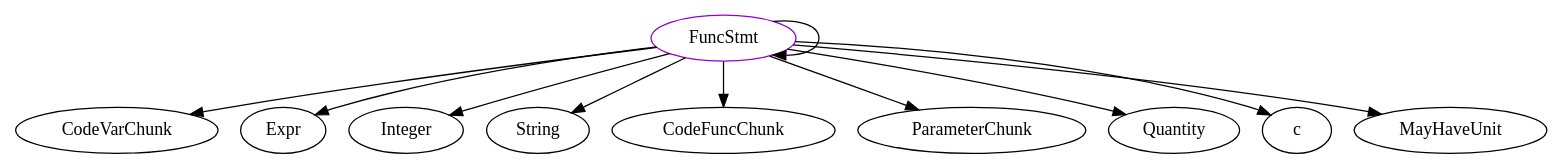
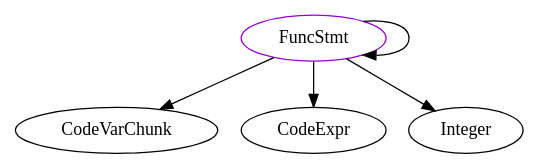
One commit to JacquesCarette/Drasil changed the diagram in analysis/TypeDependencyGraphs/code/FuncStmt.dot. Above: the diagram before and after it, drawn with Graphviz. The commit also changed 830 other files, not shown here.

```diff
--- a/analysis/TypeDependencyGraphs/code/FuncStmt.dot
+++ b/analysis/TypeDependencyGraphs/code/FuncStmt.dot
@@ -1,13 +1,7 @@
 digraph funcstmt{
 FuncStmt -> CodeVarChunk;
-FuncStmt -> Expr;
+FuncStmt -> CodeExpr;
 FuncStmt -> FuncStmt;
 FuncStmt -> Integer;
-FuncStmt -> String;
-FuncStmt -> CodeFuncChunk;
-FuncStmt -> ParameterChunk;
-FuncStmt -> Quantity;
-FuncStmt -> c;
-FuncStmt -> MayHaveUnit;
 FuncStmt	[shape=oval, color=darkviolet, label=FuncStmt];
 }
```
